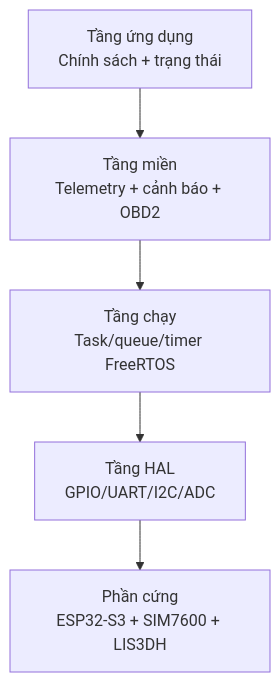
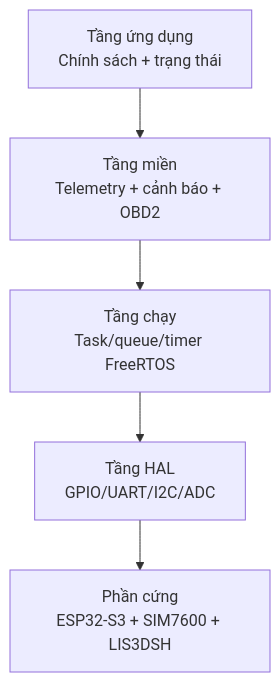
Before and after one commit to anmh1205/IoT_Vehicle_Tracking_System: the diagram in resources/reports/thesis/final/assets/uml/04-chuong-3-giai-phap-firmware-hinh-3-5.mmd, drawn with Mermaid. The commit also changed 332 other files, not shown here.

```diff
--- a/resources/reports/thesis/final/assets/uml/04-chuong-3-giai-phap-firmware-hinh-3-5.mmd
+++ b/resources/reports/thesis/final/assets/uml/04-chuong-3-giai-phap-firmware-hinh-3-5.mmd
@@ -1,13 +1,13 @@
 flowchart TB
     A["Tầng ứng dụng
 Chính sách + trạng thái"]
     B["Tầng miền
 Telemetry + cảnh báo + OBD2"]
     C["Tầng chạy
 Task/queue/timer FreeRTOS"]
     D["Tầng HAL
 GPIO/UART/I2C/ADC"]
     E["Phần cứng
-ESP32-S3 + SIM7600 + LIS3DH"]
+ESP32-S3 + SIM7600 + LIS3DSH"]
 
     A --> B --> C --> D --> E
```
